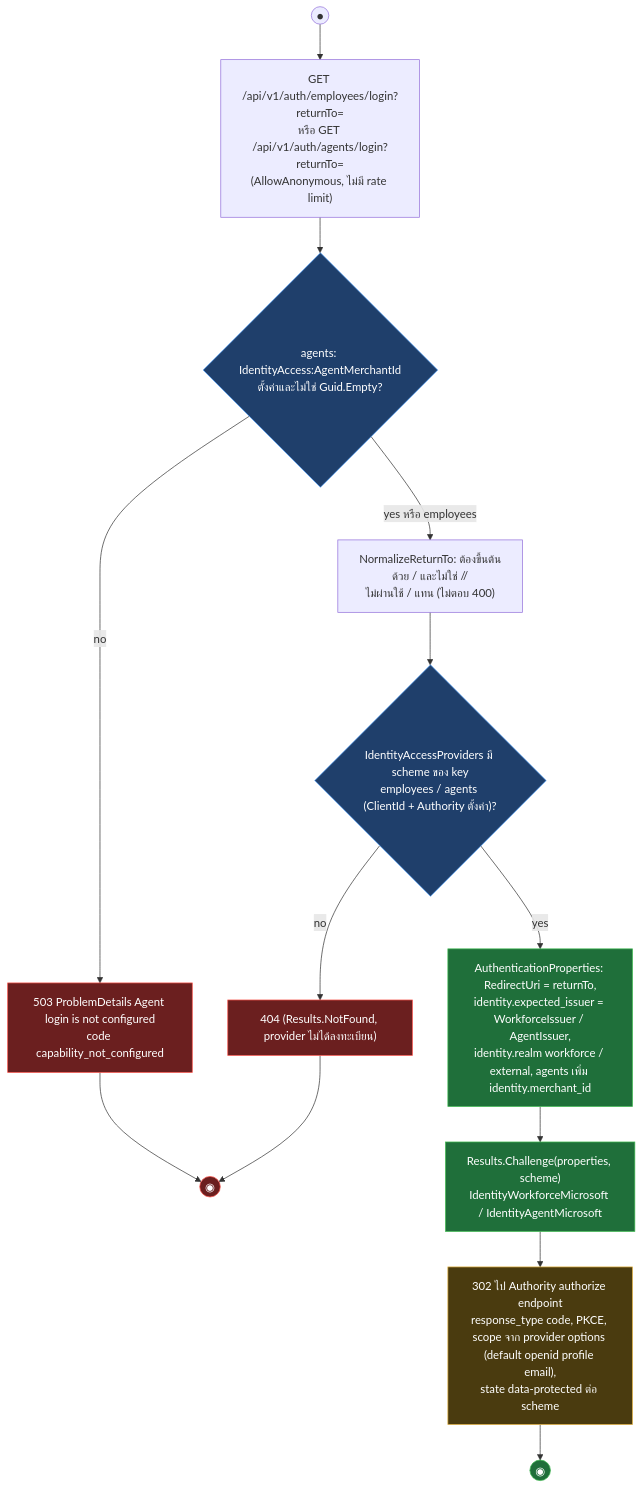
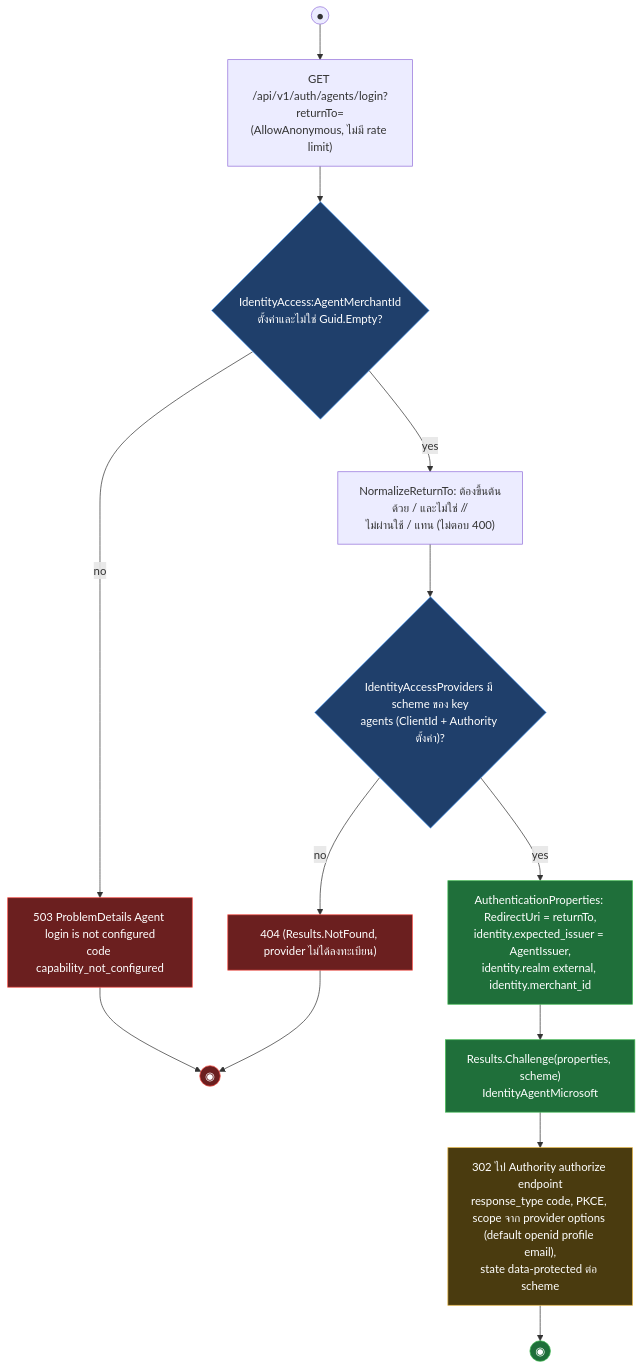
Before and after one commit to metrodiesign/pol-core: the second of 8 diagrams in outputs/diagrams/2026-09-14_api-endpoints_v1/01-identity-bff-oauth.activities.md, drawn with Mermaid. The commit also changed other lines of this file and 42 other files, not shown here.

First line of the commit message:
docs: align reference docs and the API diagram set with the Bearer-only admin plane

````diff
--- a/outputs/diagrams/2026-09-14_api-endpoints_v1/01-identity-bff-oauth.activities.md
+++ b/outputs/diagrams/2026-09-14_api-endpoints_v1/01-identity-bff-oauth.activities.md
@@ -58,24 +57,24 @@
 ```mermaid
 flowchart TD
-    START((●)) --> REQ["GET /api/v1/auth/employees/login?returnTo=<br/>หรือ GET /api/v1/auth/agents/login?returnTo=<br/>(AllowAnonymous, ไม่มี rate limit)"]
-    REQ --> AGENTCFG{"agents: IdentityAccess:AgentMerchantId<br/>ตั้งค่าและไม่ใช่ Guid.Empty?"}
+    START((●)) --> REQ["GET /api/v1/auth/agents/login?returnTo=<br/>(AllowAnonymous, ไม่มี rate limit)"]
+    REQ --> AGENTCFG{"IdentityAccess:AgentMerchantId<br/>ตั้งค่าและไม่ใช่ Guid.Empty?"}
     AGENTCFG -->|no| R503["503 ProblemDetails Agent login is not configured<br/>code capability_not_configured"]
-    AGENTCFG -->|"yes หรือ employees"| NORM["NormalizeReturnTo: ต้องขึ้นต้นด้วย / และไม่ใช่ //<br/>ไม่ผ่านใช้ / แทน (ไม่ตอบ 400)"]
-    NORM --> PROV{"IdentityAccessProviders มี scheme ของ key<br/>employees / agents (ClientId + Authority ตั้งค่า)?"}
+    AGENTCFG -->|yes| NORM["NormalizeReturnTo: ต้องขึ้นต้นด้วย / และไม่ใช่ //<br/>ไม่ผ่านใช้ / แทน (ไม่ตอบ 400)"]
+    NORM --> PROV{"IdentityAccessProviders มี scheme ของ key<br/>agents (ClientId + Authority ตั้งค่า)?"}
     PROV -->|no| R404["404 (Results.NotFound, provider ไม่ได้ลงทะเบียน)"]
-    PROV -->|yes| PROPS["AuthenticationProperties: RedirectUri = returnTo,<br/>identity.expected_issuer = WorkforceIssuer / AgentIssuer,<br/>identity.realm workforce / external, agents เพิ่ม identity.merchant_id"]
-    PROPS --> CHAL["Results.Challenge(properties, scheme)<br/>IdentityWorkforceMicrosoft / IdentityAgentMicrosoft"]
+    PROV -->|yes| PROPS["AuthenticationProperties: RedirectUri = returnTo,<br/>identity.expected_issuer = AgentIssuer,<br/>identity.realm external, identity.merchant_id"]
+    PROPS --> CHAL["Results.Challenge(properties, scheme)<br/>IdentityAgentMicrosoft"]
     CHAL --> IDP["302 ไป Authority authorize endpoint<br/>response_type code, PKCE, scope จาก provider options (default openid profile email),<br/>state data-protected ต่อ scheme"]
     IDP --> END_S((◉))
     R503 --> END_F((◉))
     R404 --> END_F
 
     classDef ok fill:#1f6f3a,stroke:#3fb950,color:#fff
     classDef fail fill:#6b1f1f,stroke:#f85149,color:#fff
     classDef gate fill:#1f3f6b,stroke:#58a6ff,color:#fff
     classDef ext fill:#4a3b0f,stroke:#e3b341,color:#fff
     class PROPS,CHAL,END_S ok
     class R503,R404,END_F fail
     class AGENTCFG,PROV gate
     class IDP ext
 ```
````
